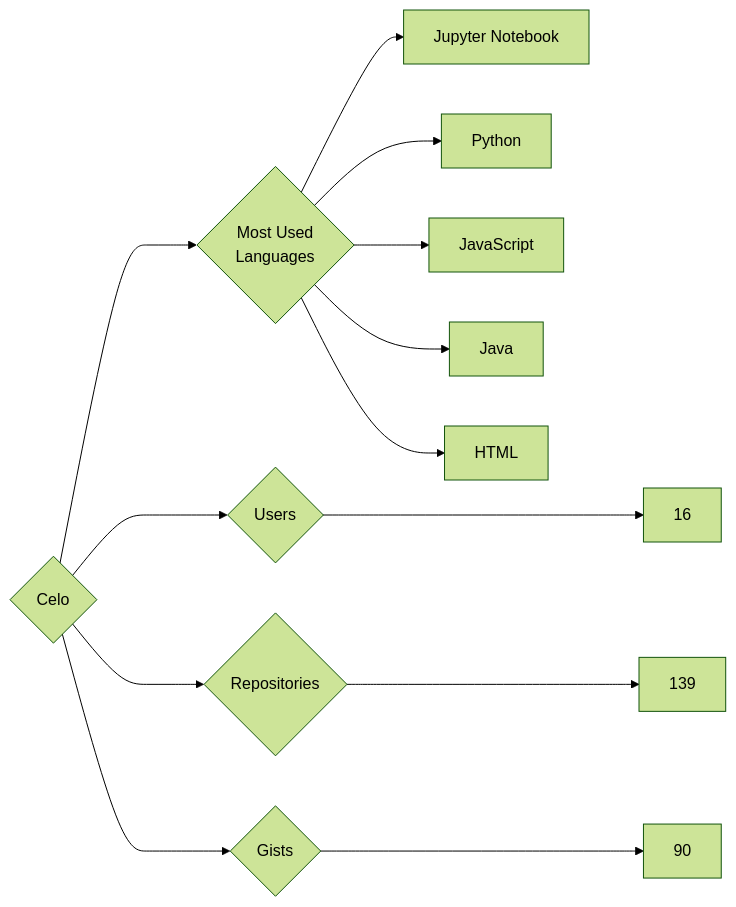
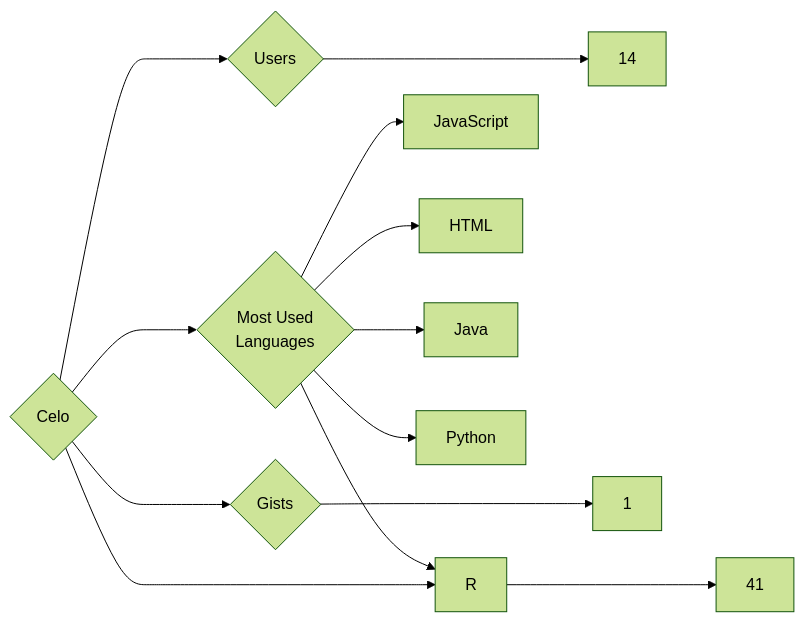
The diagram in targets/Celo/README.md (trickest/insiders), drawn with Mermaid (forest theme) before and after one commit. The commit also changed 1084 other files, not shown here.

````diff
--- a/targets/Celo/README.md
+++ b/targets/Celo/README.md
@@ -3,13 +3,13 @@
 ```mermaid
 graph LR
 COMPANY_NAME{Celo}
-COMPANY_NAME ---> U{Users} ---> UN[16]
-COMPANY_NAME ---> R{Repositories} ---> RN[139]
-COMPANY_NAME ---> G{Gists} ---> GN[90]
+COMPANY_NAME ---> U{Users} ---> UN[14]
+COMPANY_NAME ---> R{Repositories} ---> RN[41]
+COMPANY_NAME ---> G{Gists} ---> GN[1]
 COMPANY_NAME ---> ML{Most Used<br>Languages}
-ML --> Jupyter_Notebook[Jupyter Notebook]
+ML --> JavaScript[JavaScript]
+ML --> HTML[HTML]
+ML --> Java[Java]
+ML --> R[R]
 ML --> Python[Python]
-ML --> JavaScript[JavaScript]
-ML --> Java[Java]
-ML --> HTML[HTML]
 ```
````
